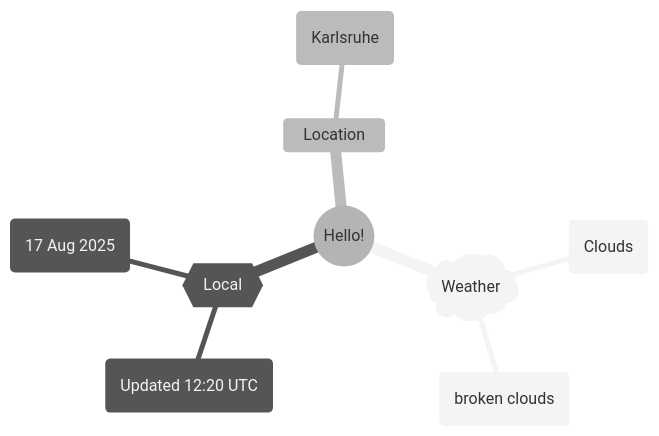
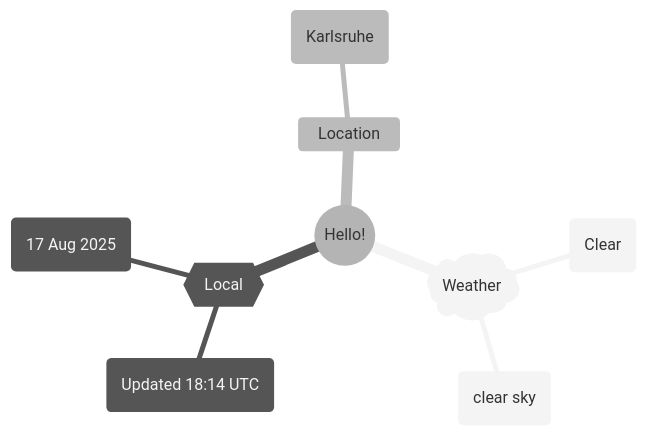
Before and after one commit to Xosrov/Xosrov: the first of 2 diagrams in README.md, drawn with Mermaid (neutral theme).

Commit message:
[bot] updated images

````diff
--- a/README.md
+++ b/README.md
@@ -3,12 +3,12 @@
 ```mermaid
 mindmap
   root((Hello!))
     )Weather(
-        (Clouds)
-        (broken clouds)
+        (Clear)
+        (clear sky)
     {{Local}}
-        (Updated 12:20 UTC)
+        (Updated 18:14 UTC)
         (17 Aug 2025)
     Location
         (Karlsruhe)
 ```
````
